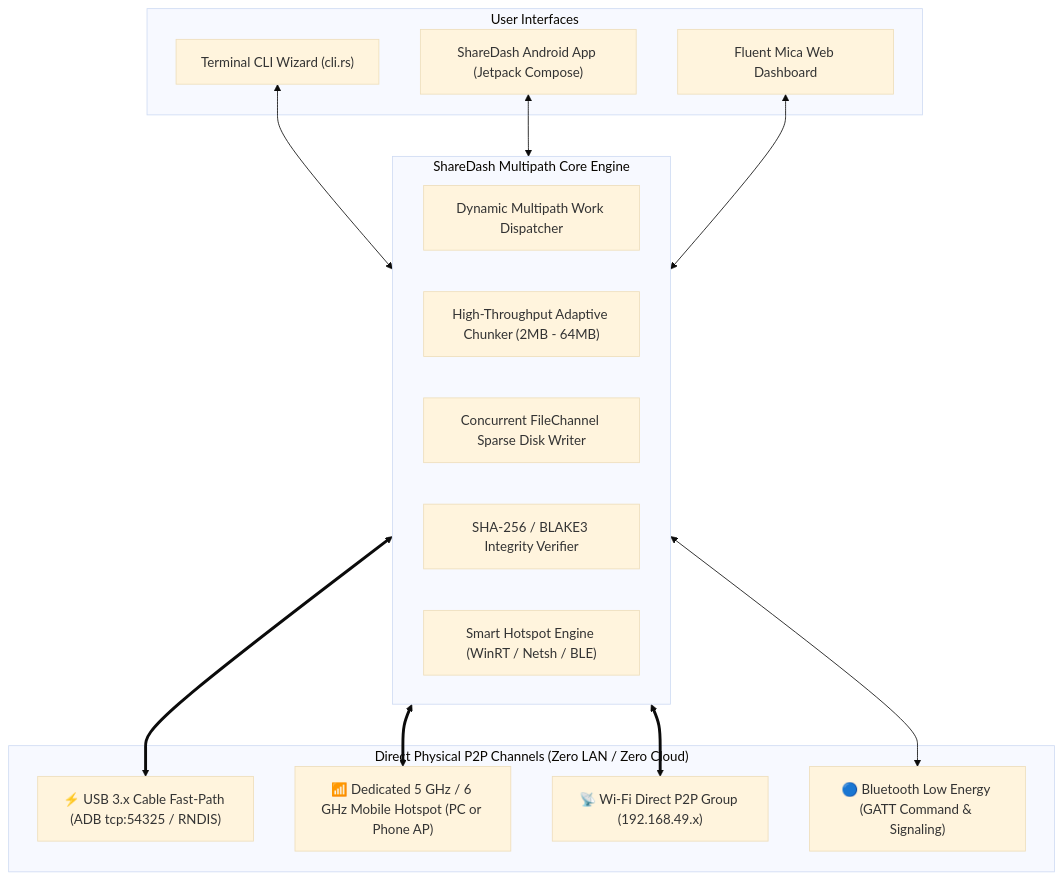
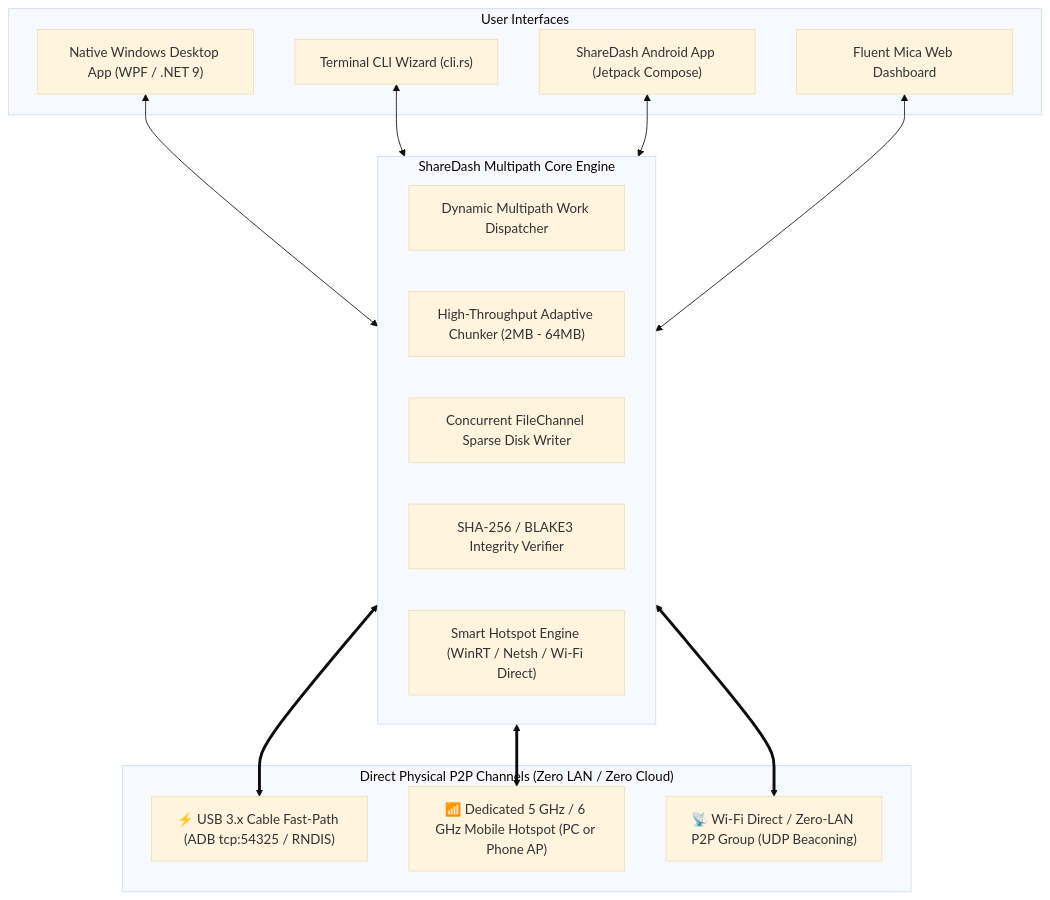
Before and after one commit to SamSunny4/ShareDash: the diagram in README.md, drawn with Mermaid (base theme). The commit also changed other lines of this file and 19 other files, not shown here.

Commit message:
docs: remove all Bluetooth/BLE references in favor of Wi-Fi Direct and USB Fast-Path

````diff
--- a/README.md
+++ b/README.md
@@ -69,32 +70,32 @@
 ```mermaid
 graph TD
     subgraph UI ["User Interfaces"]
+        WinUI["Native Windows Desktop App (WPF / .NET 9)"]
         CLI["Terminal CLI Wizard (cli.rs)"]
         AndUI["ShareDash Android App (Jetpack Compose)"]
         WebPortal["Fluent Mica Web Dashboard"]
     end
 
     subgraph Core ["ShareDash Multipath Core Engine"]
         Sched["Dynamic Multipath Work Dispatcher"]
         Chunker["High-Throughput Adaptive Chunker (2MB - 64MB)"]
         Writer["Concurrent FileChannel Sparse Disk Writer"]
         Verif["SHA-256 / BLAKE3 Integrity Verifier"]
-        HotspotMgr["Smart Hotspot Engine (WinRT / Netsh / BLE)"]
+        HotspotMgr["Smart Hotspot Engine (WinRT / Netsh / Wi-Fi Direct)"]
     end
 
     subgraph Transports ["Direct Physical P2P Channels (Zero LAN / Zero Cloud)"]
         USB["⚡ USB 3.x Cable Fast-Path (ADB tcp:54325 / RNDIS)"]
         HOTSPOT["📶 Dedicated 5 GHz / 6 GHz Mobile Hotspot (PC or Phone AP)"]
-        P2P["📡 Wi-Fi Direct P2P Group (192.168.49.x)"]
-        BLE["🔵 Bluetooth Low Energy (GATT Command & Signaling)"]
+        P2P["📡 Wi-Fi Direct / Zero-LAN P2P Group (UDP Beaconing)"]
     end
 
+    WinUI <--> Core
     CLI <--> Core
     AndUI <--> Core
     WebPortal <--> Core
     
     Core <==> USB
     Core <==> HOTSPOT
     Core <==> P2P
-    Core <--> BLE
 ```
````
